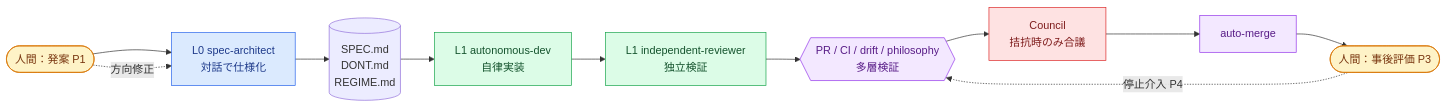
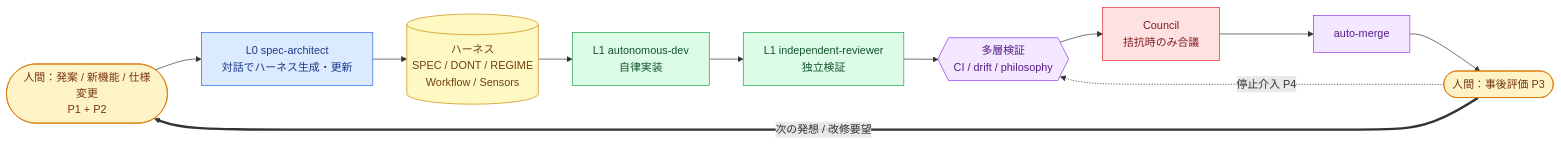
Before and after one commit to samejima-ai/dialog-harness: the diagram in README.md, drawn with Mermaid. The commit also changed other lines of this file and 1 other file, not shown here.

````diff
--- a/README.md
+++ b/README.md
@@ -72,19 +78,20 @@
 ```mermaid
 flowchart LR
-    H([人間：発案 P1]):::human --> L0
-    L0[L0 spec-architect<br/>対話で仕様化]:::l0 --> SPEC[(SPEC.md<br/>DONT.md<br/>REGIME.md)]
-    SPEC --> L1
-    L1[L1 autonomous-dev<br/>自律実装]:::l1 --> REVIEW
-    REVIEW[L1 independent-reviewer<br/>独立検証]:::l1 --> PR
-    PR{{PR / CI / drift / philosophy<br/>多層検証}}:::cc --> COUNCIL
-    COUNCIL[Council<br/>拮抗時のみ合議]:::council --> MERGE[auto-merge]:::cc
-    MERGE --> H2([人間：事後評価 P3]):::human
-    H2 -.停止介入 P4.-> PR
-    H -.方向修正.-> L0
+    H1([人間：発案 / 新機能 / 仕様変更<br/>P1 + P2]):::human --> L0
+    L0[L0 spec-architect<br/>対話でハーネス生成・更新]:::l0 --> HARNESS[(ハーネス<br/>SPEC / DONT / REGIME<br/>Workflow / Sensors)]:::harness
+    HARNESS --> L1[L1 autonomous-dev<br/>自律実装]:::l1
+    L1 --> REVIEW[L1 independent-reviewer<br/>独立検証]:::l1
+    REVIEW --> VERIFY{{多層検証<br/>CI / drift / philosophy}}:::cc
+    VERIFY --> COUNCIL[Council<br/>拮抗時のみ合議]:::council
+    COUNCIL --> MERGE[auto-merge]:::cc
+    MERGE --> H3([人間：事後評価 P3]):::human
+    H3 == 次の発想 / 改修要望 ==> H1
+    H3 -.停止介入 P4.-> VERIFY
 
     classDef human fill:#fef3c7,stroke:#d97706,color:#78350f
     classDef l0 fill:#dbeafe,stroke:#2563eb,color:#1e3a8a
     classDef l1 fill:#dcfce7,stroke:#16a34a,color:#14532d
+    classDef harness fill:#fef9c3,stroke:#ca8a04,color:#713f12
     classDef cc fill:#f3e8ff,stroke:#9333ea,color:#581c87
     classDef council fill:#fee2e2,stroke:#dc2626,color:#7f1d1d
 ```
````
